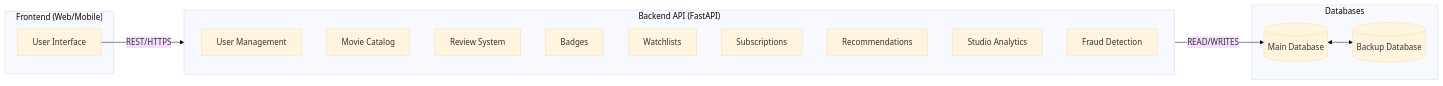
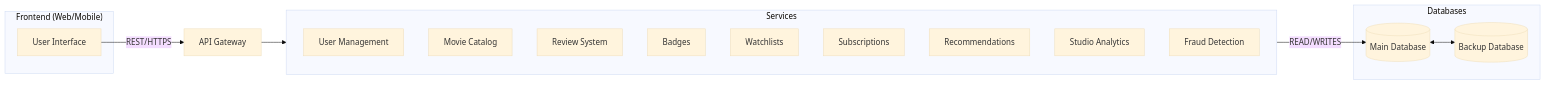
One commit to jcarrasqueira/jc-backlog changed the diagram in EchoLib/journal/uni/cloud computing/project/CC2526-Phase3-Group8.md. Above: the diagram before and after it, drawn with Mermaid (base theme). The commit also changed other lines of this file and 1 other file, not shown here.

Commit message:
api diagram

````diff
--- a/EchoLib/journal/uni/cloud computing/project/CC2526-Phase3-Group8.md
+++ b/EchoLib/journal/uni/cloud computing/project/CC2526-Phase3-Group8.md
@@ -221,29 +228,30 @@
 ```mermaid
 flowchart LR
 
 subgraph ClientApps["Frontend (Web/Mobile)"]
     Client[User Interface]
 end
 
-subgraph API["Backend API (FastAPI)"]
+subgraph Services
     UserManagement["User Management"]
     MovieCatalog["Movie Catalog"]
     ReviewSystem["Review System"]
     Badges["Badges"]
     Watchlists["Watchlists"]
     Subscriptions["Subscriptions"]
     Recommendations["Recommendations"]
     StudioAnalytics["Studio Analytics"]
     FraudDetection["Fraud Detection"]
 end
 
 subgraph Databases["Databases"]
     DB[(Main Database)]
     DBbackup[(Backup Database)]
 end
 
-Client -->|REST/HTTPS| API
 
-API --> |READ/WRITES| DB
+Client -->|REST/HTTPS| APIGateway["API Gateway"] --> Services
+
+Services --> |READ/WRITES| DB
 DB <--> DBbackup
 ``` 
````
